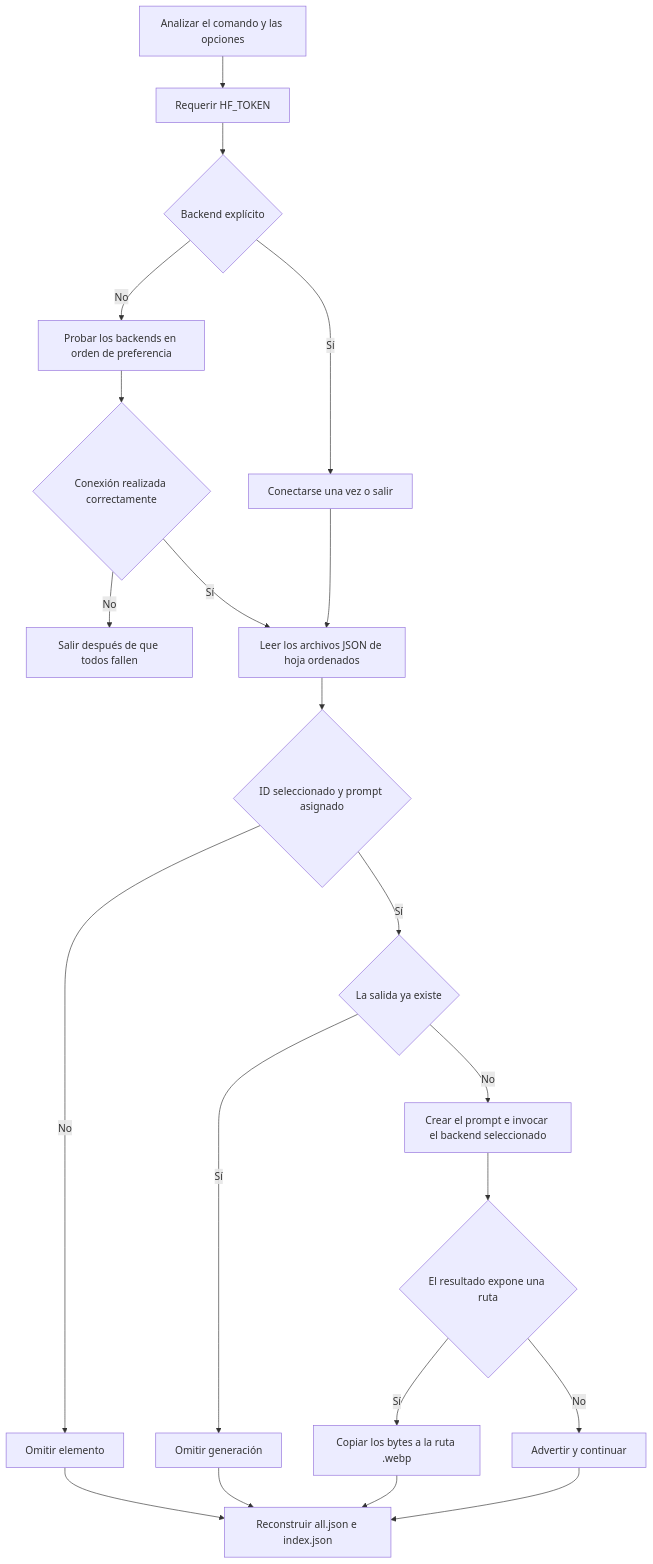
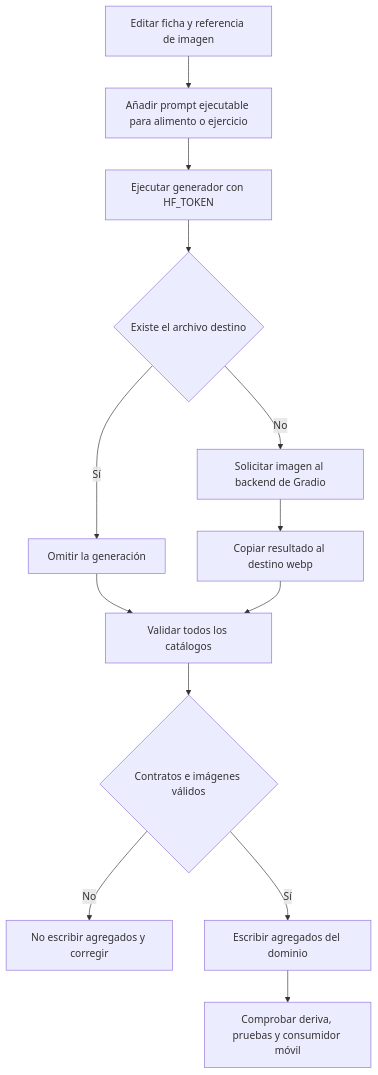
The diagram in openwiki/content/image-generation.md (maximofn/gymnasia), drawn with Mermaid before and after one commit. The commit also changed other lines of this file and 49 other files, not shown here.

````diff
--- a/openwiki/content/image-generation.md
+++ b/openwiki/content/image-generation.md
@@ -59,23 +48,15 @@
 ```mermaid
 flowchart TD
-    C["Analizar el comando y las opciones"] --> T["Requerir HF_TOKEN"]
-    T --> B{"Backend explícito"}
-    B -->|Sí| X["Conectarse una vez o salir"]
-    B -->|No| A["Probar los backends en orden de preferencia"]
-    A --> Q{"Conexión realizada correctamente"}
-    Q -->|No| Z["Salir después de que todos fallen"]
-    Q -->|Sí| L["Leer los archivos JSON de hoja ordenados"]
-    X --> L
-    L --> I{"ID seleccionado y prompt asignado"}
-    I -->|No| N["Omitir elemento"]
-    I -->|Sí| O{"La salida ya existe"}
-    O -->|Sí| S["Omitir generación"]
-    O -->|No| P["Crear el prompt e invocar el backend seleccionado"]
-    P --> R{"El resultado expone una ruta"}
-    R -->|Sí| W["Copiar los bytes a la ruta .webp"]
-    R -->|No| U["Advertir y continuar"]
-    N --> G["Reconstruir all.json e index.json"]
-    S --> G
-    W --> G
-    U --> G
+    A["Editar ficha y referencia de imagen"] --> B["Añadir prompt ejecutable para alimento o ejercicio"]
+    B --> C["Ejecutar generador con HF_TOKEN"]
+    C --> D{"Existe el archivo destino"}
+    D -->|"Sí"| E["Omitir la generación"]
+    D -->|"No"| F["Solicitar imagen al backend de Gradio"]
+    F --> G["Copiar resultado al destino webp"]
+    E --> H["Validar todos los catálogos"]
+    G --> H
+    H --> I{"Contratos e imágenes válidos"}
+    I -->|"No"| J["No escribir agregados y corregir"]
+    I -->|"Sí"| K["Escribir agregados del dominio"]
+    K --> L["Comprobar deriva, pruebas y consumidor móvil"]
 ```
````
